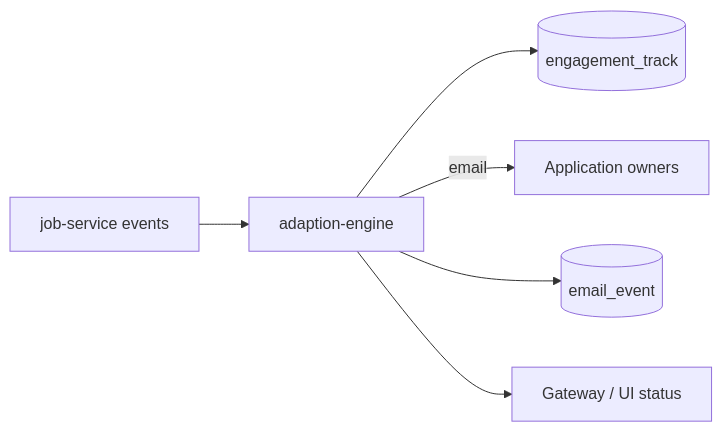
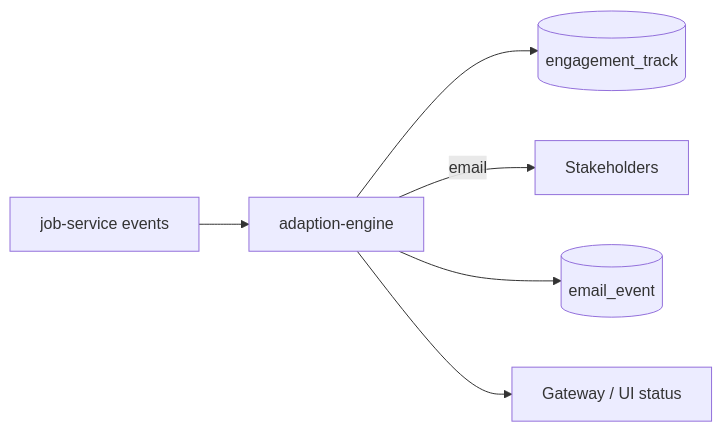
Before and after one commit to shivank22/ICE: the ninth of 9 diagrams in ARCHITECTURE.md, drawn with Mermaid. The commit also changed other lines of this file and 45 other files, not shown here.

````diff
--- a/ARCHITECTURE.md
+++ b/ARCHITECTURE.md
@@ -494,8 +492,8 @@
 ```mermaid
 flowchart LR
     Job["job-service events"] --> Adapt["adaption-engine"]
     Adapt --> Tracks[("engagement_track")]
-    Adapt -->|"email"| Owners["Application owners"]
+    Adapt -->|"email"| Owners["Stakeholders"]
     Adapt --> Hist[("email_event")]
     Adapt --> UI["Gateway / UI status"]
 ```
````
